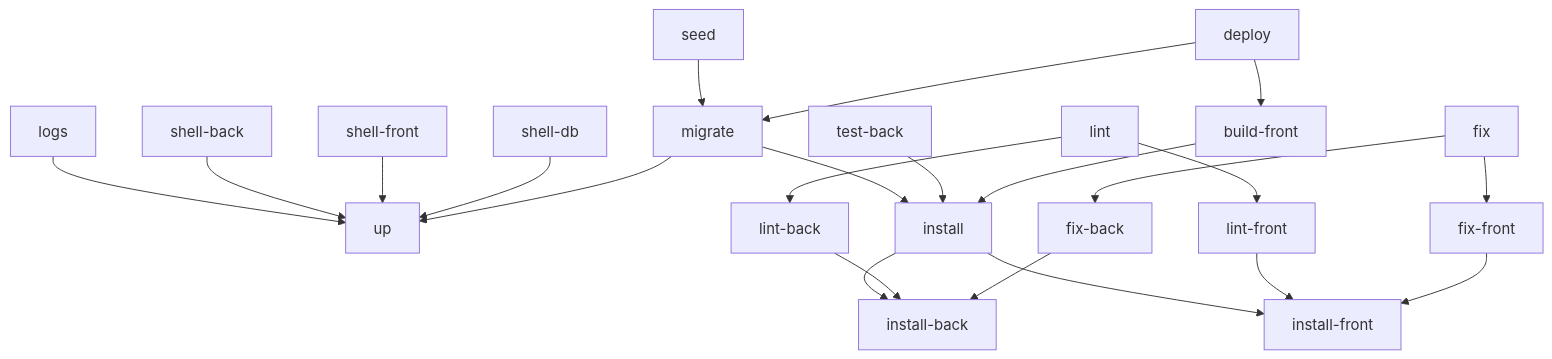
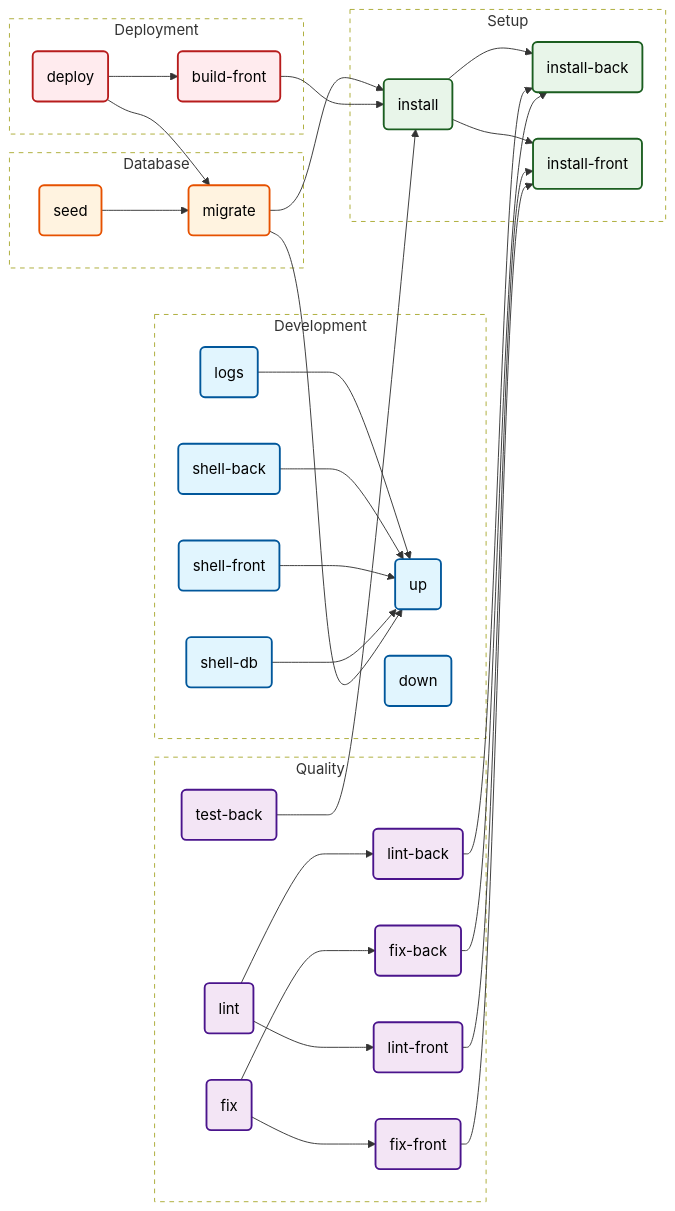
Before and after one commit to Merlin-Clos/makefile2doc: the diagram in tests/fixtures/expected.md, drawn with Mermaid. The commit also changed other lines of this file and 5 other files, not shown here.

````diff
--- a/tests/fixtures/expected.md
+++ b/tests/fixtures/expected.md
@@ -30,24 +30,85 @@
 ```mermaid
-graph TD;
-    logs --> up;
-    shell-back --> up;
-    shell-front --> up;
-    shell-db --> up;
-    install --> install-back;
-    install --> install-front;
-    migrate --> up;
-    migrate --> install;
-    seed --> migrate;
-    test-back --> install;
-    lint-front --> install-front;
-    lint-back --> install-back;
-    fix-front --> install-front;
-    fix-back --> install-back;
-    lint --> lint-front;
-    lint --> lint-back;
-    fix --> fix-front;
-    fix --> fix-back;
-    build-front --> install;
-    deploy --> build-front;
-    deploy --> migrate;
+flowchart LR
+    subgraph Development
+        up(up)
+        down(down)
+        logs(logs)
+        shell-back(shell-back)
+        shell-front(shell-front)
+        shell-db(shell-db)
+    end
+    style Development fill:transparent,stroke-dasharray: 5 5
+    classDef cat0 fill:#E1F5FE,stroke:#01579B,stroke-width:2px,color:#000;
+    class up cat0
+    class down cat0
+    class logs cat0
+    class shell-back cat0
+    class shell-front cat0
+    class shell-db cat0
+    subgraph Setup
+        install-back(install-back)
+        install-front(install-front)
+        install(install)
+    end
+    style Setup fill:transparent,stroke-dasharray: 5 5
+    classDef cat1 fill:#E8F5E9,stroke:#1B5E20,stroke-width:2px,color:#000;
+    class install-back cat1
+    class install-front cat1
+    class install cat1
+    subgraph Database
+        migrate(migrate)
+        seed(seed)
+    end
+    style Database fill:transparent,stroke-dasharray: 5 5
+    classDef cat2 fill:#FFF3E0,stroke:#E65100,stroke-width:2px,color:#000;
+    class migrate cat2
+    class seed cat2
+    subgraph Quality
+        test-back(test-back)
+        lint-front(lint-front)
+        lint-back(lint-back)
+        fix-front(fix-front)
+        fix-back(fix-back)
+        lint(lint)
+        fix(fix)
+    end
+    style Quality fill:transparent,stroke-dasharray: 5 5
+    classDef cat3 fill:#F3E5F5,stroke:#4A148C,stroke-width:2px,color:#000;
+    class test-back cat3
+    class lint-front cat3
+    class lint-back cat3
+    class fix-front cat3
+    class fix-back cat3
+    class lint cat3
+    class fix cat3
+    subgraph Deployment
+        build-front(build-front)
+        deploy(deploy)
+    end
+    style Deployment fill:transparent,stroke-dasharray: 5 5
+    classDef cat4 fill:#FFEBEE,stroke:#B71C1C,stroke-width:2px,color:#000;
+    class build-front cat4
+    class deploy cat4
+
+    logs --> up
+    shell-back --> up
+    shell-front --> up
+    shell-db --> up
+    install --> install-back
+    install --> install-front
+    migrate --> up
+    migrate --> install
+    seed --> migrate
+    test-back --> install
+    lint-front --> install-front
+    lint-back --> install-back
+    fix-front --> install-front
+    fix-back --> install-back
+    lint --> lint-front
+    lint --> lint-back
+    fix --> fix-front
+    fix --> fix-back
+    build-front --> install
+    deploy --> build-front
+    deploy --> migrate
 ```
````
